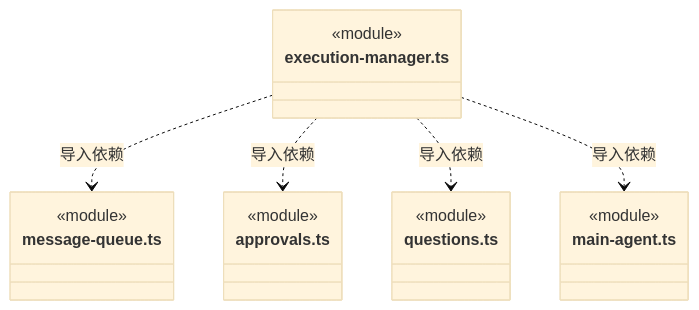
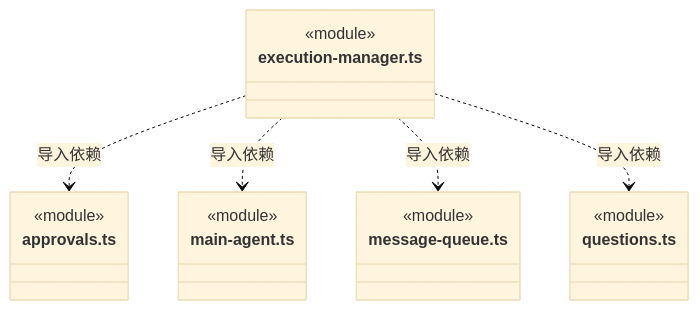
One commit to nan023062/cbim changed diagram 12 of 12 in src/logic/conversation/runtime/ARCHITECTURE.md. Above: the diagram before and after it, drawn with Mermaid (base theme). The commit also changed other lines of this file and 112 other files, not shown here.

Commit message:
docs: align source architecture with current declarations and contracts

````diff
--- a/src/logic/conversation/runtime/ARCHITECTURE.md
+++ b/src/logic/conversation/runtime/ARCHITECTURE.md
@@ -550,22 +550,22 @@
 ```mermaid
 classDiagram
 class N_src_logic_conversation_runtime_execution_manager_ts["execution-manager.ts"] {
   <<module>>
 }
-class N_src_logic_conversation_runtime_message_queue_ts["message-queue.ts"] {
+class N_src_logic_conversation_runtime_approvals_ts["approvals.ts"] {
   <<module>>
 }
-class N_src_logic_conversation_runtime_approvals_ts["approvals.ts"] {
+class N_src_logic_conversation_runtime_main_agent_ts["main-agent.ts"] {
+  <<module>>
+}
+class N_src_logic_conversation_runtime_message_queue_ts["message-queue.ts"] {
   <<module>>
 }
 class N_src_logic_conversation_runtime_questions_ts["questions.ts"] {
   <<module>>
 }
-class N_src_logic_conversation_runtime_main_agent_ts["main-agent.ts"] {
-  <<module>>
-}
+N_src_logic_conversation_runtime_execution_manager_ts ..> N_src_logic_conversation_runtime_approvals_ts : 导入依赖
+N_src_logic_conversation_runtime_execution_manager_ts ..> N_src_logic_conversation_runtime_main_agent_ts : 导入依赖
 N_src_logic_conversation_runtime_execution_manager_ts ..> N_src_logic_conversation_runtime_message_queue_ts : 导入依赖
-N_src_logic_conversation_runtime_execution_manager_ts ..> N_src_logic_conversation_runtime_approvals_ts : 导入依赖
 N_src_logic_conversation_runtime_execution_manager_ts ..> N_src_logic_conversation_runtime_questions_ts : 导入依赖
-N_src_logic_conversation_runtime_execution_manager_ts ..> N_src_logic_conversation_runtime_main_agent_ts : 导入依赖
 ```
````
